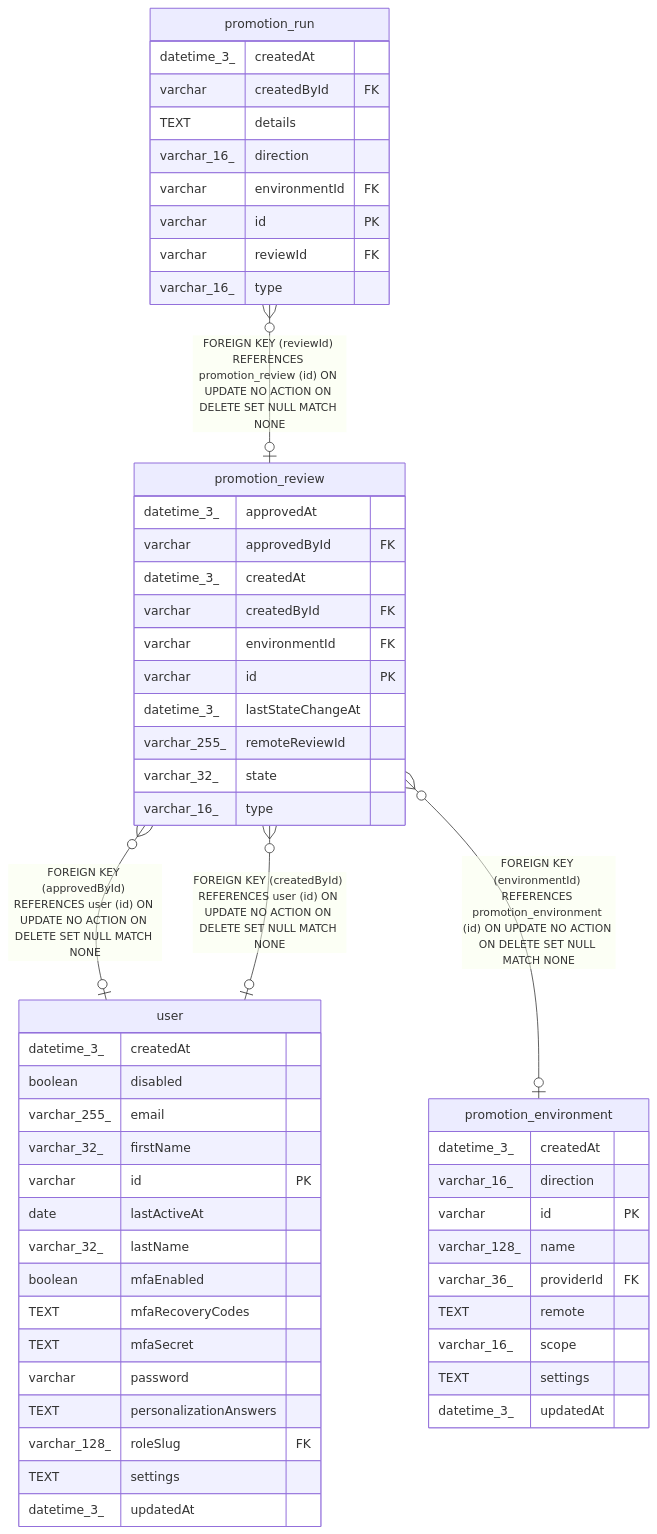
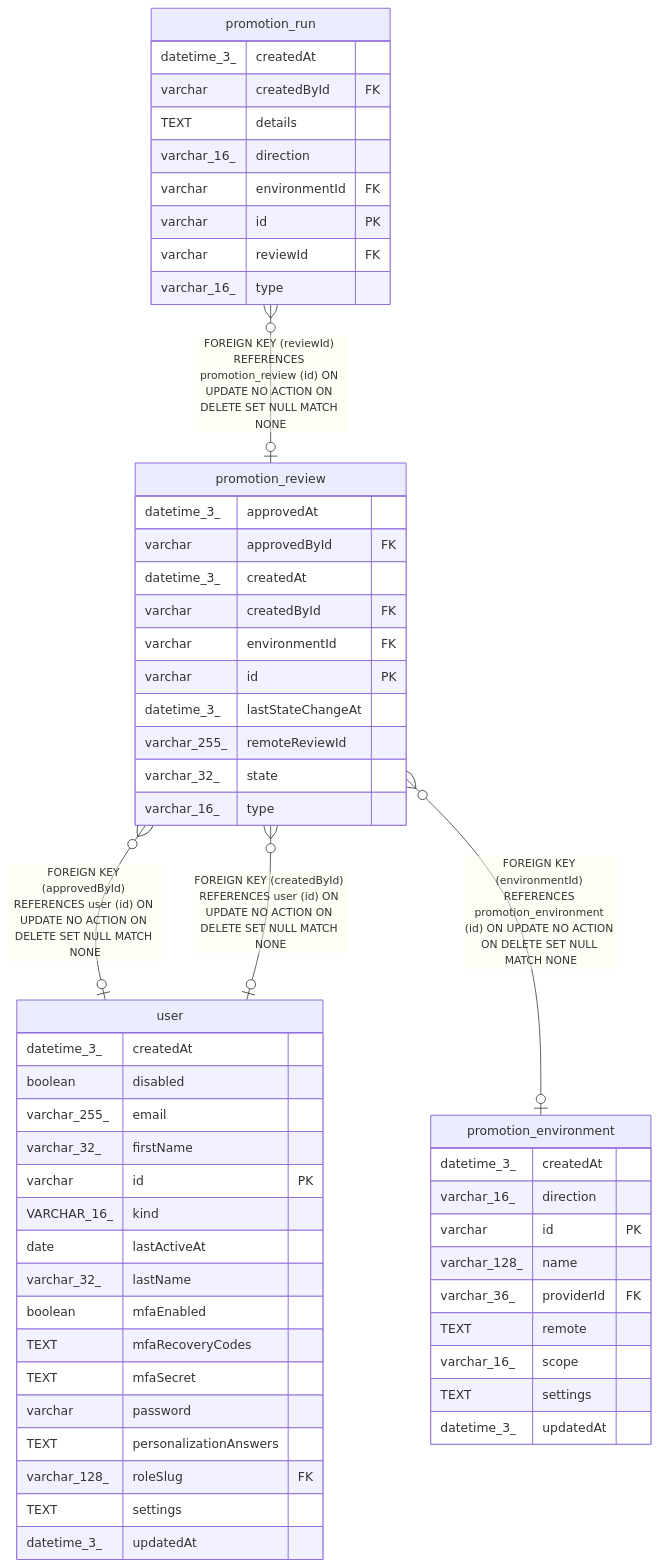
Before and after one commit to jalaluddinkhan1/n8n: the diagram in docs/generated/sqlite-schema/promotion_review.md, drawn with Mermaid. The commit also changed 102 other files, not shown here.

````diff
--- a/docs/generated/sqlite-schema/promotion_review.md
+++ b/docs/generated/sqlite-schema/promotion_review.md
@@ -52,59 +52,60 @@
 ```mermaid
 erDiagram
 
 "promotion_review" }o--o| "user" : "FOREIGN KEY (approvedById) REFERENCES user (id) ON UPDATE NO ACTION ON DELETE SET NULL MATCH NONE"
 "promotion_review" }o--o| "user" : "FOREIGN KEY (createdById) REFERENCES user (id) ON UPDATE NO ACTION ON DELETE SET NULL MATCH NONE"
 "promotion_review" }o--o| "promotion_environment" : "FOREIGN KEY (environmentId) REFERENCES promotion_environment (id) ON UPDATE NO ACTION ON DELETE SET NULL MATCH NONE"
 "promotion_run" }o--o| "promotion_review" : "FOREIGN KEY (reviewId) REFERENCES promotion_review (id) ON UPDATE NO ACTION ON DELETE SET NULL MATCH NONE"
 
 "promotion_review" {
   datetime_3_ approvedAt
   varchar approvedById FK
   datetime_3_ createdAt
   varchar createdById FK
   varchar environmentId FK
   varchar id PK
   datetime_3_ lastStateChangeAt
   varchar_255_ remoteReviewId
   varchar_32_ state
   varchar_16_ type
 }
 "user" {
   datetime_3_ createdAt
   boolean disabled
   varchar_255_ email
   varchar_32_ firstName
   varchar id PK
+  VARCHAR_16_ kind
   date lastActiveAt
   varchar_32_ lastName
   boolean mfaEnabled
   TEXT mfaRecoveryCodes
   TEXT mfaSecret
   varchar password
   TEXT personalizationAnswers
   varchar_128_ roleSlug FK
   TEXT settings
   datetime_3_ updatedAt
 }
 "promotion_environment" {
   datetime_3_ createdAt
   varchar_16_ direction
   varchar id PK
   varchar_128_ name
   varchar_36_ providerId FK
   TEXT remote
   varchar_16_ scope
   TEXT settings
   datetime_3_ updatedAt
 }
 "promotion_run" {
   datetime_3_ createdAt
   varchar createdById FK
   TEXT details
   varchar_16_ direction
   varchar environmentId FK
   varchar id PK
   varchar reviewId FK
   varchar_16_ type
 }
 ```
````
